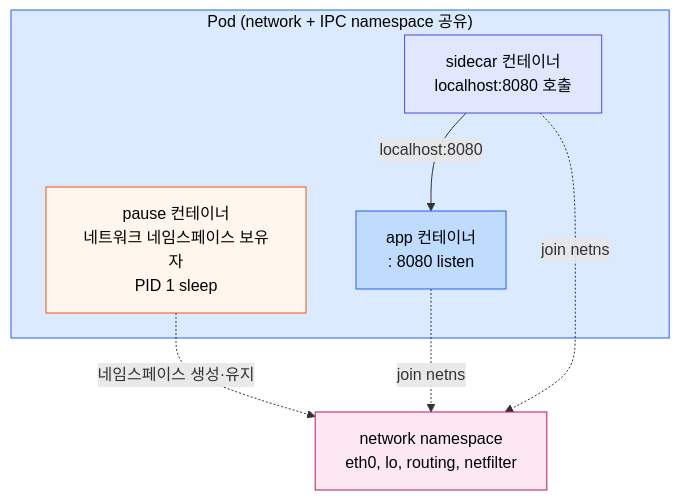
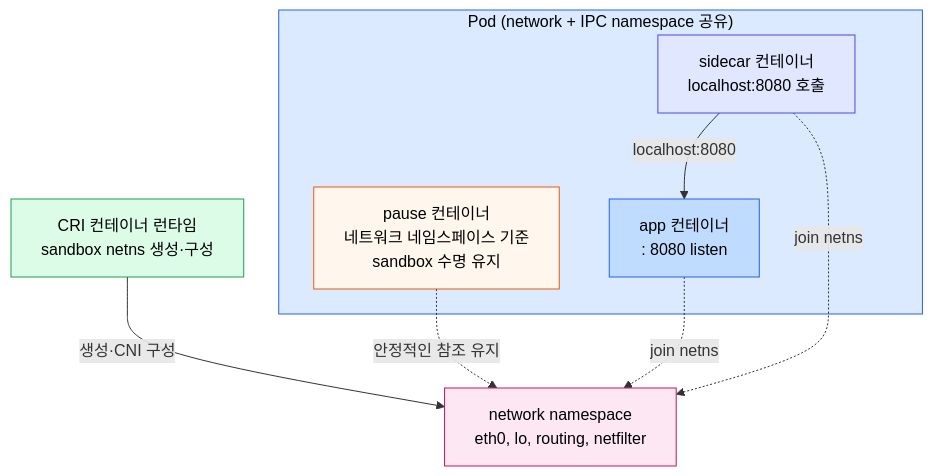
One commit to scofe97/StduyWrite changed the second of 7 diagrams in write/08_cloud/kubernetes/04_networking/04-02.Pod 네트워크와 Linux 기반.md. Above: the diagram before and after it, drawn with Mermaid. The commit also changed other lines of this file and 142 other files, not shown here.

````diff
--- a/write/08_cloud/kubernetes/04_networking/04-02.Pod 네트워크와 Linux 기반.md
+++ b/write/08_cloud/kubernetes/04_networking/04-02.Pod 네트워크와 Linux 기반.md
@@ -107,19 +106,22 @@
 ```mermaid
 graph TB
+    RUNTIME["CRI 컨테이너 런타임<br/>sandbox netns 생성·구성"]
     subgraph POD["Pod (network + IPC namespace 공유)"]
-        PAUSE["pause 컨테이너<br/>네트워크 네임스페이스 보유자<br/>PID 1 sleep"]
+        PAUSE["pause 컨테이너<br/>네트워크 네임스페이스 기준<br/>sandbox 수명 유지"]
         APP["app 컨테이너<br/>: 8080 listen"]
         SIDECAR["sidecar 컨테이너<br/>localhost:8080 호출"]
     end
     NS["network namespace<br/>eth0, lo, routing, netfilter"]
-    PAUSE -.->|"네임스페이스 생성·유지"| NS
+    RUNTIME -->|"생성·CNI 구성"| NS
+    PAUSE -.->|"안정적인 참조 유지"| NS
     APP -.->|"join netns"| NS
     SIDECAR -.->|"join netns"| NS
     SIDECAR -->|"localhost:8080"| APP
 
     style POD fill:#dbeafe,stroke:#2563eb,color:#000
+    style RUNTIME fill:#dcfce7,stroke:#16a34a,color:#000
     style PAUSE fill:#fff7ed,stroke:#ea580c,color:#000
     style APP fill:#bfdbfe,stroke:#2563eb,color:#000
     style SIDECAR fill:#e0e7ff,stroke:#4f46e5,color:#000
     style NS fill:#fce7f3,stroke:#be185d,color:#000
 ```
````
